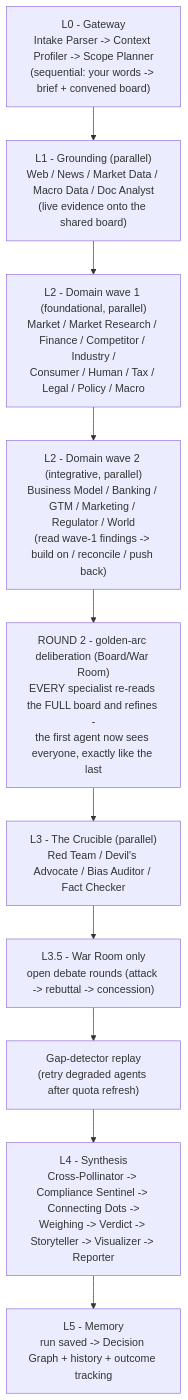
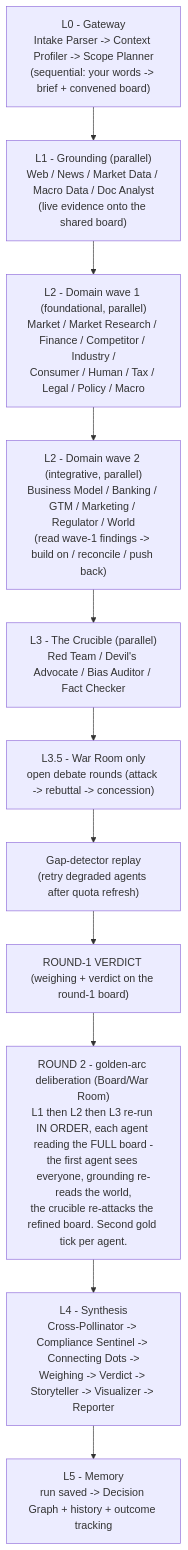
Before and after one commit to Srujan29112001/EIP: the second of 8 diagrams in README.md, drawn with Mermaid. The commit also changed other lines of this file and 16 other files, not shown here.

````diff
--- a/README.md
+++ b/README.md
@@ -134,16 +134,17 @@
 ```mermaid
 flowchart TD
     L0["L0 - Gateway<br/>Intake Parser -> Context Profiler -> Scope Planner<br/>(sequential: your words -> brief + convened board)"]
     L1["L1 - Grounding (parallel)<br/>Web / News / Market Data / Macro Data / Doc Analyst<br/>(live evidence onto the shared board)"]
     L2a["L2 - Domain wave 1 (foundational, parallel)<br/>Market / Market Research / Finance / Competitor / Industry /<br/>Consumer / Human / Tax / Legal / Policy / Macro"]
     L2b["L2 - Domain wave 2 (integrative, parallel)<br/>Business Model / Banking / GTM / Marketing / Regulator / World<br/>(read wave-1 findings -> build on / reconcile / push back)"]
     L3["L3 - The Crucible (parallel)<br/>Red Team / Devil's Advocate / Bias Auditor / Fact Checker"]
     L35["L3.5 - War Room only<br/>open debate rounds (attack -> rebuttal -> concession)"]
     REPLAY["Gap-detector replay<br/>(retry degraded agents after quota refresh)"]
     L4["L4 - Synthesis<br/>Cross-Pollinator -> Compliance Sentinel -> Connecting Dots -><br/>Weighing -> Verdict -> Storyteller -> Visualizer -> Reporter"]
     L5["L5 - Memory<br/>run saved -> Decision Graph + history + outcome tracking"]
 
-    R2["ROUND 2 - golden-arc deliberation (Board/War Room)<br/>EVERY specialist re-reads the FULL board and refines -<br/>the first agent now sees everyone, exactly like the last"]
+    V1["ROUND-1 VERDICT (weighing + verdict on the round-1 board)"]
+    R2["ROUND 2 - golden-arc deliberation (Board/War Room)<br/>L1 then L2 then L3 re-run IN ORDER, each agent reading the FULL board -<br/>the first agent sees everyone, grounding re-reads the world,<br/>the crucible re-attacks the refined board. Second gold tick per agent."]
 
-    L0 --> L1 --> L2a --> L2b --> R2 --> L3 --> L35 --> REPLAY --> L4 --> L5
+    L0 --> L1 --> L2a --> L2b --> L3 --> L35 --> REPLAY --> V1 --> R2 --> L4 --> L5
 ```
````
